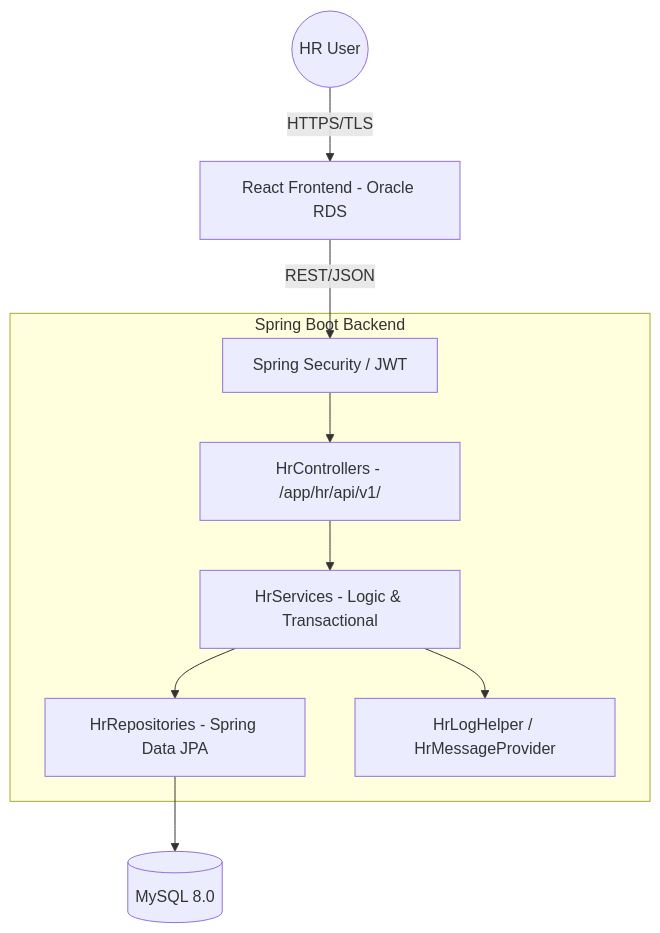
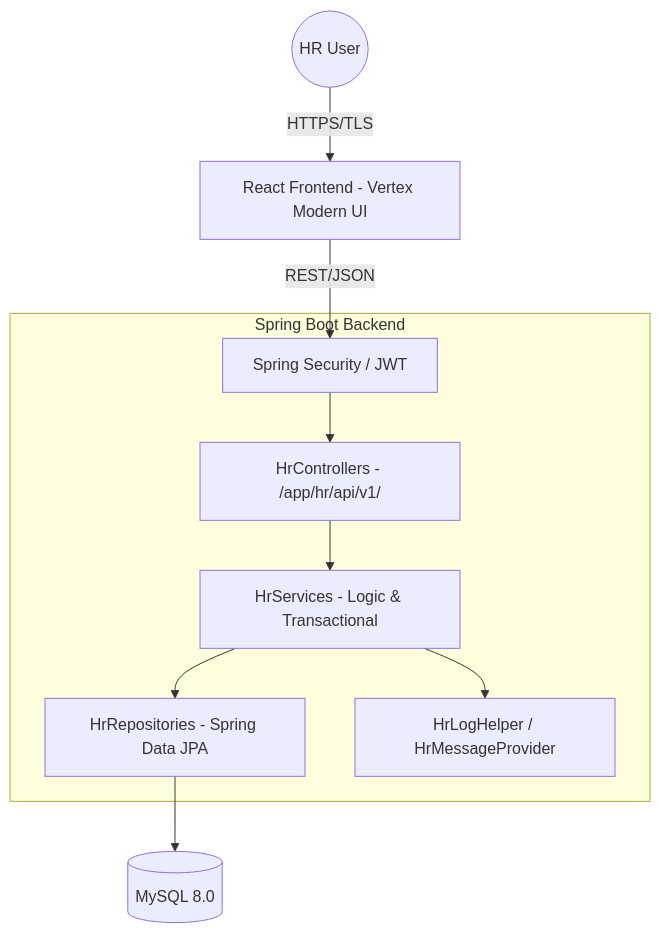
The first of 2 diagrams in docs/requirement.md (ssthakuraa/claude-code-workshop), drawn with Mermaid before and after one commit. The commit also changed other lines of this file and 50 other files, not shown here.

First line of the commit message:
Rename reference files (remove suffix), wire mock pages to real API, Oracle → Vertex Tech branding

````diff
--- a/docs/requirement.md
+++ b/docs/requirement.md
@@ -25,17 +25,17 @@
 ```mermaid
 graph TD
-    User((HR User)) -->|HTTPS/TLS| React[React Frontend - Oracle RDS]
+    User((HR User)) -->|HTTPS/TLS| React[React Frontend - Vertex Modern UI]
     subgraph Spring Boot Backend
         Auth[Spring Security / JWT]
         Controller[HrControllers - /app/hr/api/v1/]
         Service[HrServices - Logic & Transactional]
         Repo[HrRepositories - Spring Data JPA]
         Util[HrLogHelper / HrMessageProvider]
     end
     React -->|REST/JSON| Auth
     Auth --> Controller
     Controller --> Service
     Service --> Repo
     Repo --> DB[(MySQL 8.0)]
     Service --> Util
 ```
````
